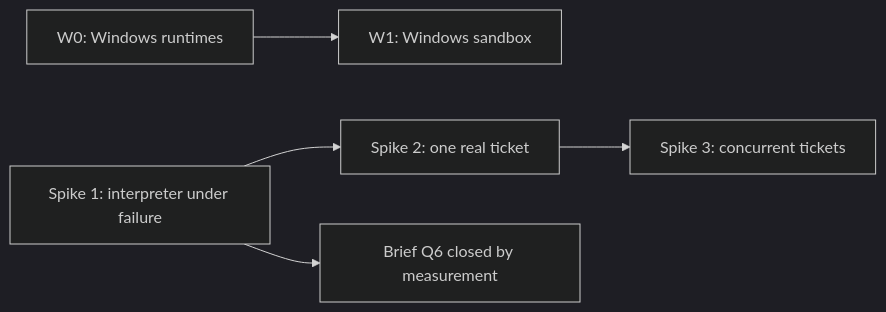
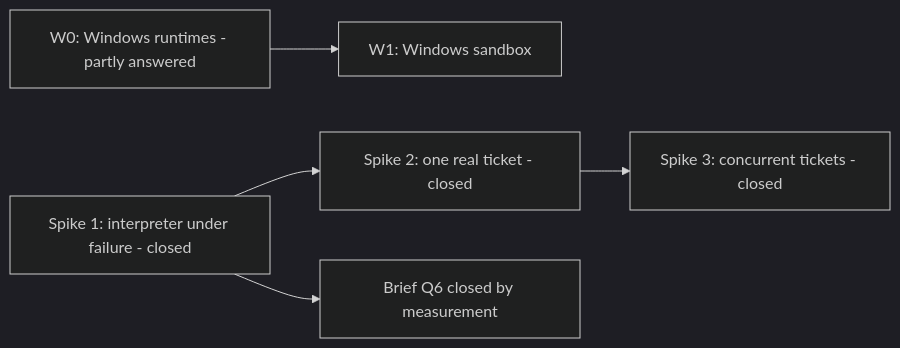
One commit to ai-feature-flow/feature-flow-poc changed the diagram in docs/08-risks-and-spikes.md. Above: the diagram before and after it, drawn with Mermaid (dark theme). The commit also changed other lines of this file and 2 other files, not shown here.

````diff
--- a/docs/08-risks-and-spikes.md
+++ b/docs/08-risks-and-spikes.md
@@ -290,7 +238,7 @@
 ```mermaid
 graph LR
-    W0[W0: Windows runtimes] --> W1[W1: Windows sandbox]
-    S1[Spike 1: interpreter under failure] --> S2[Spike 2: one real ticket]
-    S2 --> S3[Spike 3: concurrent tickets]
+    W0[W0: Windows runtimes - partly answered] --> W1[W1: Windows sandbox]
+    S1[Spike 1: interpreter under failure - closed] --> S2[Spike 2: one real ticket - closed]
+    S2 --> S3[Spike 3: concurrent tickets - closed]
     S1 --> Q6[Brief Q6 closed by measurement]
 ```
````
